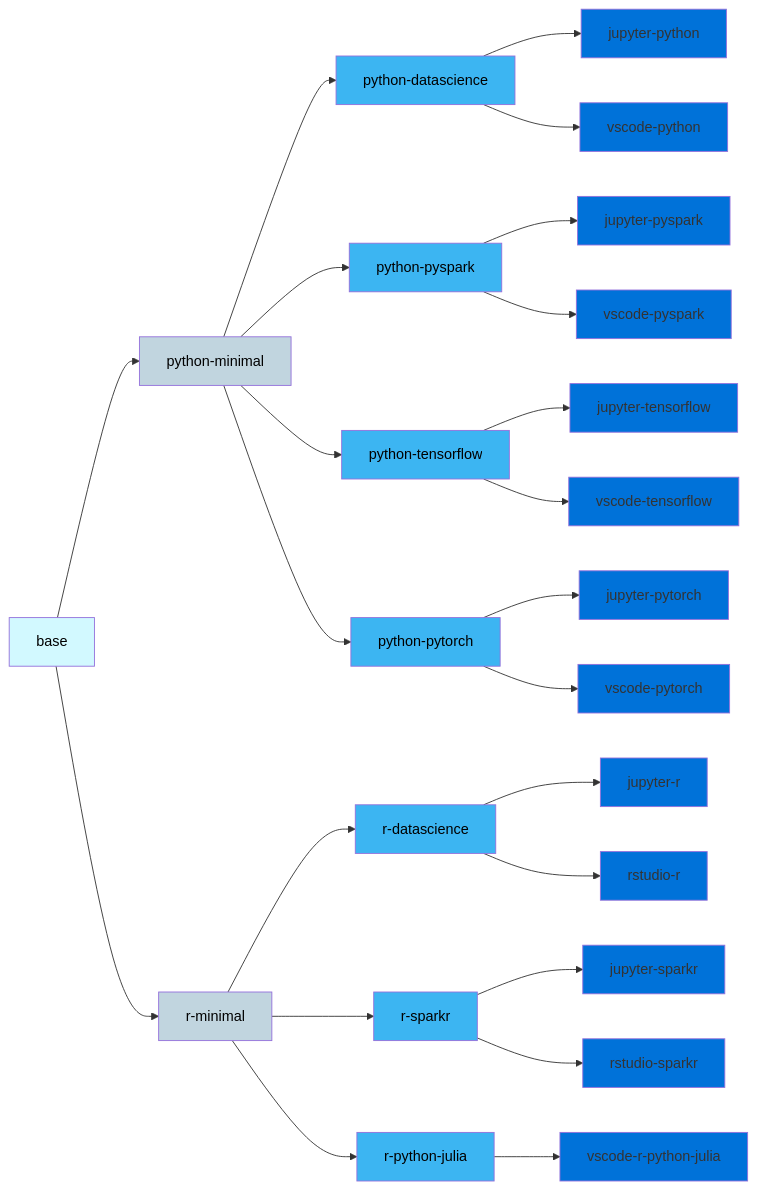
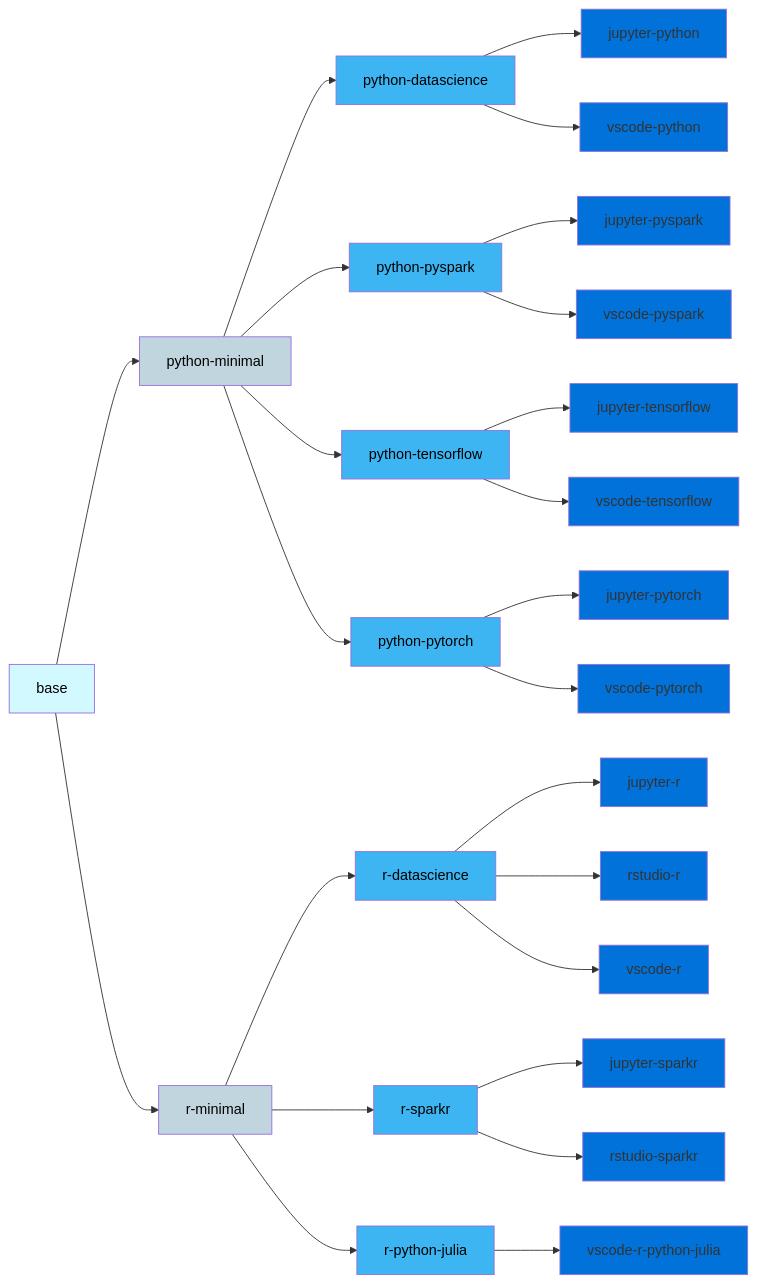
One commit to InseeFrLab/images-datascience changed the diagram in README.md. Above: the diagram before and after it, drawn with Mermaid.

Commit message:
Add vscode-r in README.md

````diff
--- a/README.md
+++ b/README.md
@@ -15,29 +15,30 @@
 ```mermaid
   graph LR;
       B[base]:::base-->PM[python-minimal]:::minimal;
       B-->RM[r-minimal]:::minimal;
       PM-->PYDS[python-datascience]:::package;
       PM-->PYSPARK[python-pyspark]:::package;
       PM-->PYTENSORFLOW[python-tensorflow]:::package;
       PM-->PYTORCH[python-pytorch]:::package;
       RM-->RDS[r-datascience]:::package;
       RM-->RSPARK[r-sparkr]:::package;
       RM-->RPYJU[r-python-julia]:::package;
       PYSPARK--> JPYSPARK[jupyter-pyspark]:::ide;
       PYDS--> JPYDS[jupyter-python]:::ide;
       PYTENSORFLOW--> JPYTENSORFLOW[jupyter-tensorflow]:::ide;
       PYTORCH--> JPYTORCH[jupyter-pytorch]:::ide;
       PYSPARK--> VSCODEPYSPARK[vscode-pyspark]:::ide;
       PYDS--> VSCODEPYDS[vscode-python]:::ide;
       PYTENSORFLOW--> VSCODEPYTENSORFLOW[vscode-tensorflow]:::ide;
       PYTORCH--> VSCODEPYTORCH[vscode-pytorch]:::ide;
       RSPARK -->JSPARKR[jupyter-sparkr]:::ide;
       RDS--> JRDS[jupyter-r]:::ide;
       RSPARK -->RSTUDIOSPARKR[rstudio-sparkr]:::ide;
       RDS--> RSTUDIORDS[rstudio-r]:::ide;
+      RDS--> VSCODER[vscode-r]:::ide;
       RPYJU--> VSCODERPYJU[vscode-r-python-julia]:::ide;
       classDef base fill:#d2f9ff,color:#000  ;
       classDef minimal fill:#C1D5DF,color:#000;
       classDef package fill:#3cb5f2 ,color:#000  ;
       classDef ide fill:#0072d9  ;
 ```
````
